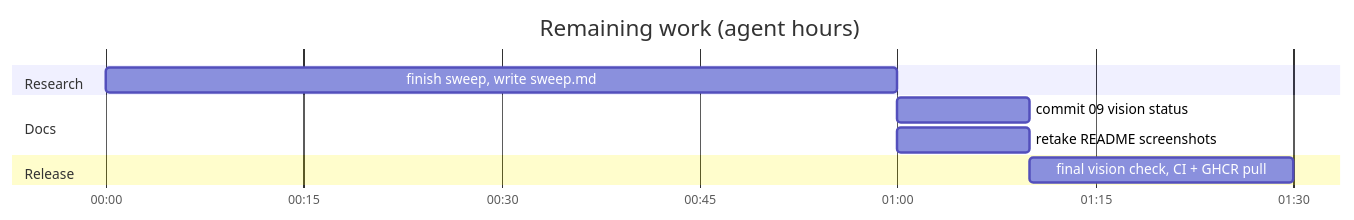
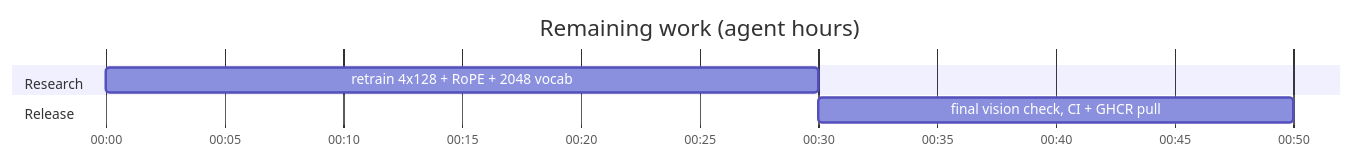
Before and after one commit to marcelpetrick/ESP32-Tiny-LLM: the third of 3 diagrams in plan.md, drawn with Mermaid. The commit also changed other lines of this file and 5 other files, not shown here.

Commit message:
fix(tools): place sweep chart labels without overlaps

````diff
--- a/plan.md
+++ b/plan.md
@@ -62,13 +62,10 @@
 ```mermaid
 gantt
     title Remaining work (agent hours)
     dateFormat HH:mm
     axisFormat %H:%M
     section Research
-    finish sweep, write sweep.md       :a1, 00:00, 60m
-    section Docs
-    commit 09 vision status            :a2, after a1, 10m
-    retake README screenshots          :a3, after a1, 10m
+    retrain 4x128 + RoPE + 2048 vocab  :a1, 00:00, 30m
     section Release
-    final vision check, CI + GHCR pull :a5, after a2, 20m
+    final vision check, CI + GHCR pull :a5, after a1, 20m
 ```
````
